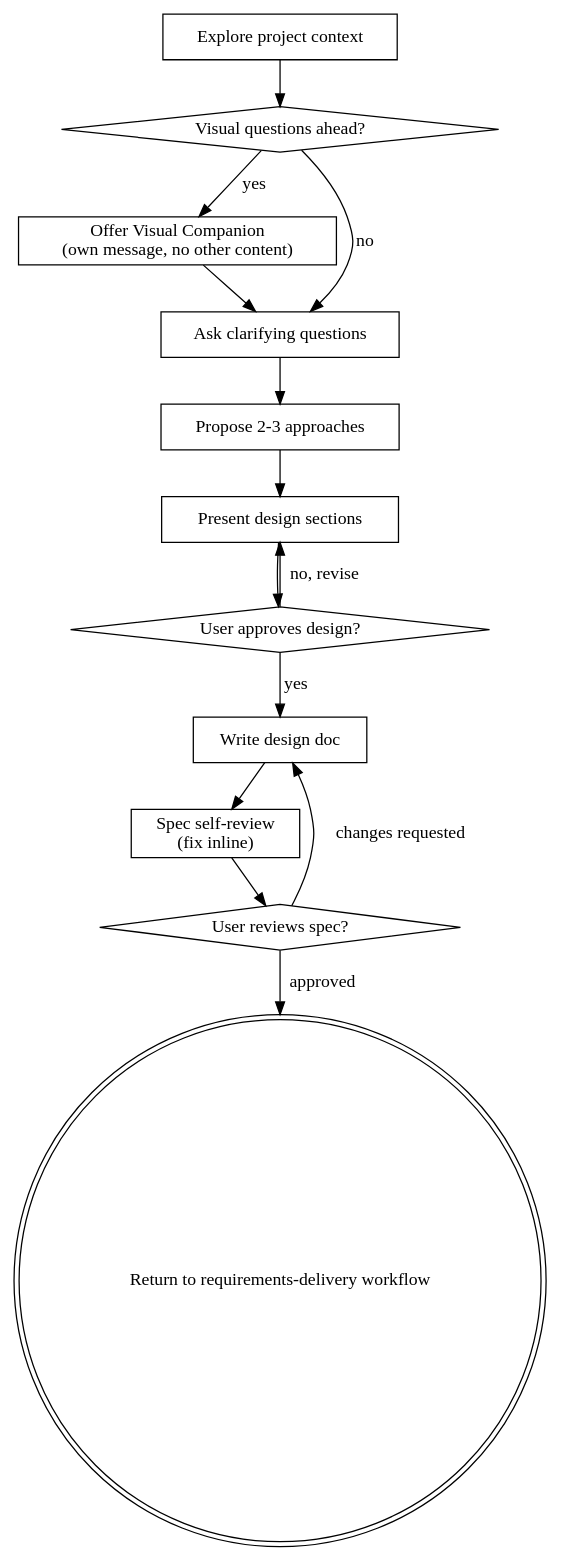
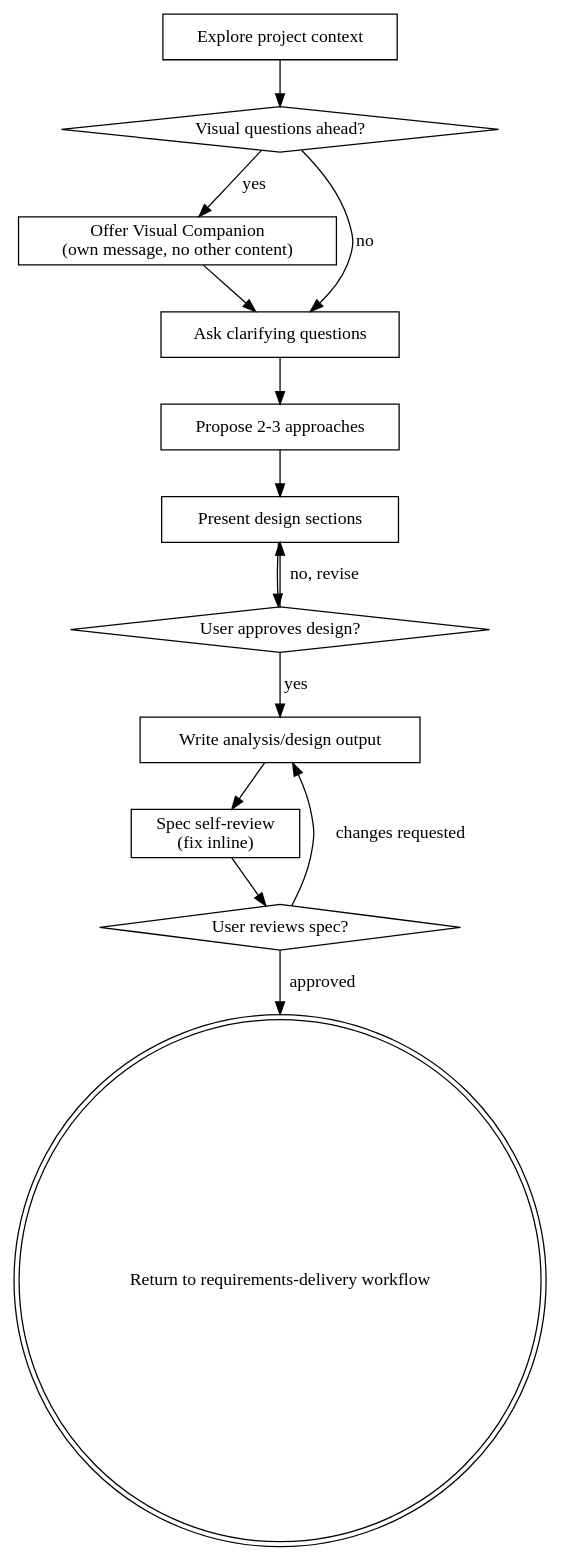
Before and after one commit to Free-LZJ/dev-skills: the diagram in skills/requirements-delivery/subskills/superpowers/brainstorming/SKILL.md, drawn with Graphviz. The commit also changed other lines of this file and 10 other files, not shown here.

````diff
--- a/skills/requirements-delivery/subskills/superpowers/brainstorming/SKILL.md
+++ b/skills/requirements-delivery/subskills/superpowers/brainstorming/SKILL.md
@@ -36,29 +36,29 @@
 ```dot
 digraph brainstorming {
     "Explore project context" [shape=box];
     "Visual questions ahead?" [shape=diamond];
     "Offer Visual Companion\n(own message, no other content)" [shape=box];
     "Ask clarifying questions" [shape=box];
     "Propose 2-3 approaches" [shape=box];
     "Present design sections" [shape=box];
     "User approves design?" [shape=diamond];
-    "Write design doc" [shape=box];
+    "Write analysis/design output" [shape=box];
     "Spec self-review\n(fix inline)" [shape=box];
     "User reviews spec?" [shape=diamond];
     "Return to requirements-delivery workflow" [shape=doublecircle];
 
     "Explore project context" -> "Visual questions ahead?";
     "Visual questions ahead?" -> "Offer Visual Companion\n(own message, no other content)" [label="yes"];
     "Visual questions ahead?" -> "Ask clarifying questions" [label="no"];
     "Offer Visual Companion\n(own message, no other content)" -> "Ask clarifying questions";
     "Ask clarifying questions" -> "Propose 2-3 approaches";
     "Propose 2-3 approaches" -> "Present design sections";
     "Present design sections" -> "User approves design?";
     "User approves design?" -> "Present design sections" [label="no, revise"];
-    "User approves design?" -> "Write design doc" [label="yes"];
-    "Write design doc" -> "Spec self-review\n(fix inline)";
+    "User approves design?" -> "Write analysis/design output" [label="yes"];
+    "Write analysis/design output" -> "Spec self-review\n(fix inline)";
     "Spec self-review\n(fix inline)" -> "User reviews spec?";
-    "User reviews spec?" -> "Write design doc" [label="changes requested"];
+    "User reviews spec?" -> "Write analysis/design output" [label="changes requested"];
     "User reviews spec?" -> "Return to requirements-delivery workflow" [label="approved"];
 }
 ```
````
